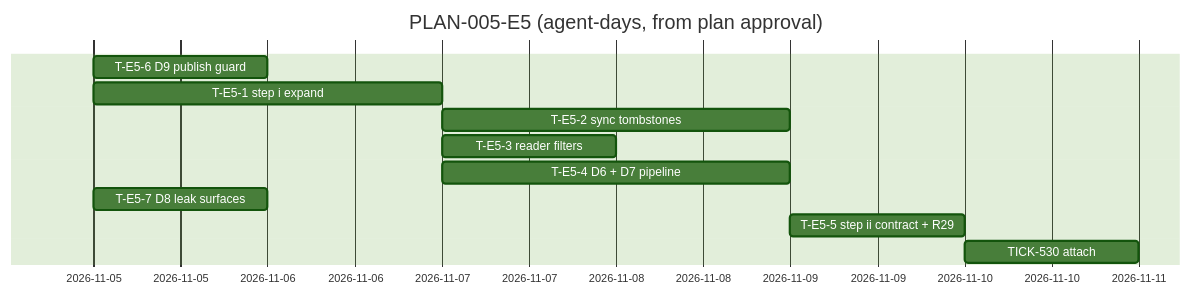
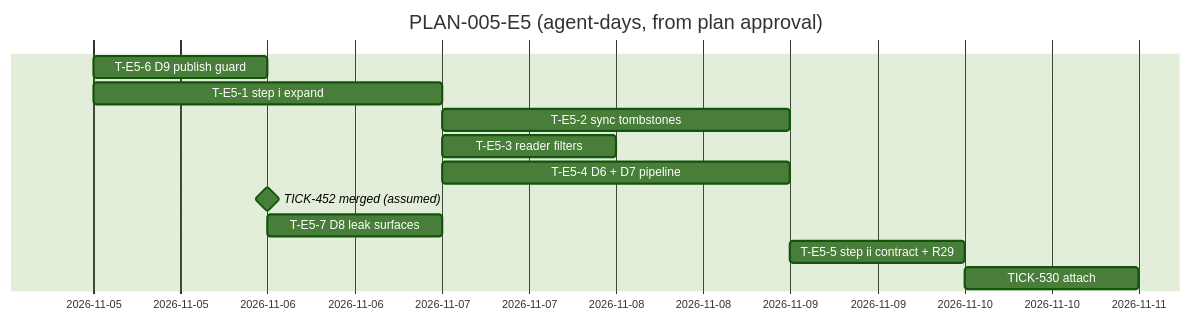
One commit to Navaladi2019/TicketingSystem changed the second of 2 diagrams in docs/delivery/plan-adr-004-e5.md. Above: the diagram before and after it, drawn with Mermaid (forest theme). The commit also changed other lines of this file and 2 other files, not shown here.

Commit message:
TICK-533: fold the plan verdict amendment (TICK-538 also waits on TICK-536)

````diff
--- a/docs/delivery/plan-adr-004-e5.md
+++ b/docs/delivery/plan-adr-004-e5.md
@@ -74,13 +74,14 @@
 ```mermaid
 gantt
   title PLAN-005-E5 (agent-days, from plan approval)
   dateFormat YYYY-MM-DD
   T-E5-6 D9 publish guard        :e6, 2026-11-05, 1d
   T-E5-1 step i expand           :e1, 2026-11-05, 2d
   T-E5-2 sync tombstones         :e2, after e1, 2d
   T-E5-3 reader filters          :e3, after e1, 1d
   T-E5-4 D6 + D7 pipeline        :e4, after e1, 2d
-  T-E5-7 D8 leak surfaces        :e7, 2026-11-05, 1d
-  T-E5-5 step ii contract + R29  :e5, after e2, 1d
+  TICK-452 merged (assumed)      :milestone, m452, 2026-11-06, 0d
+  T-E5-7 D8 leak surfaces        :e7, after m452, 1d
+  T-E5-5 step ii contract + R29  :e5, after e2 e3, 1d
   TICK-530 attach                :t530, after e5, 1d
 ```
````
